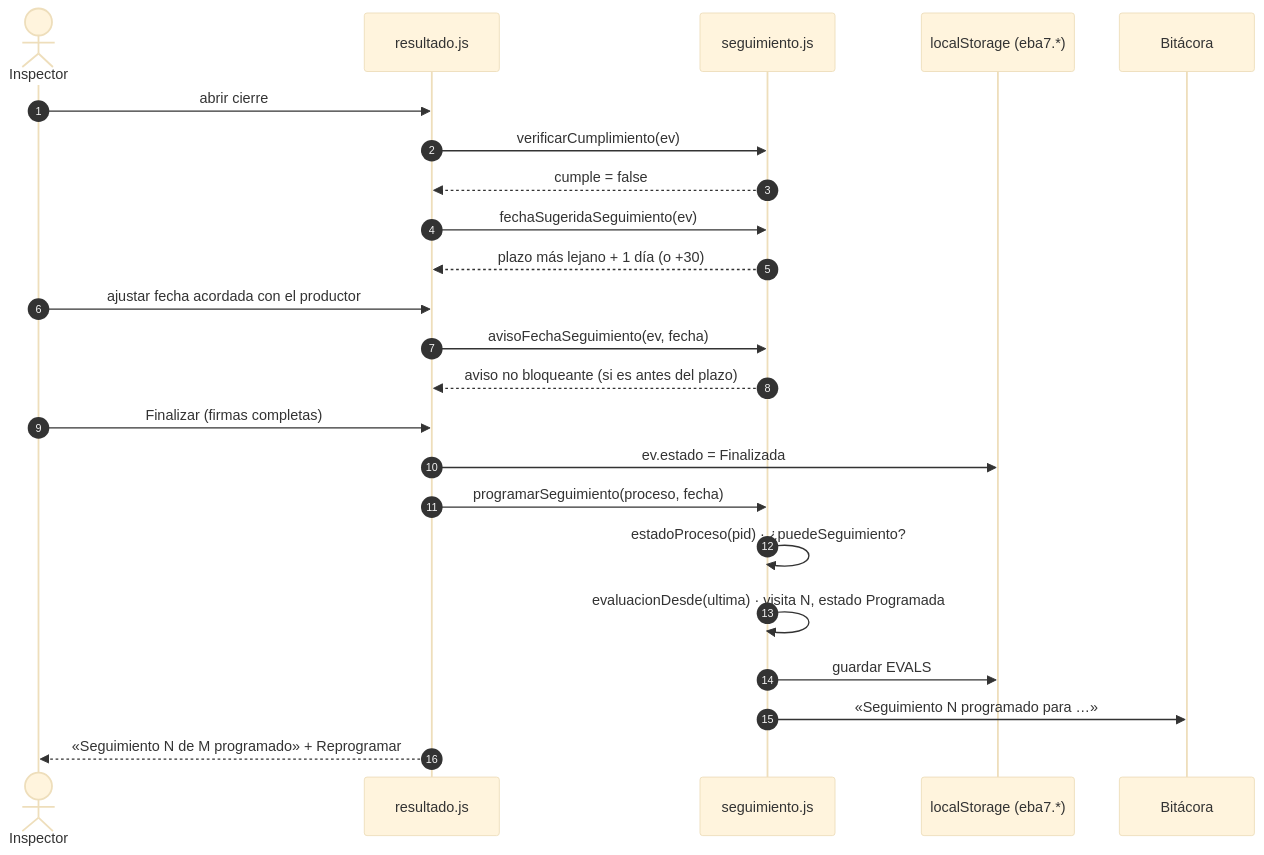
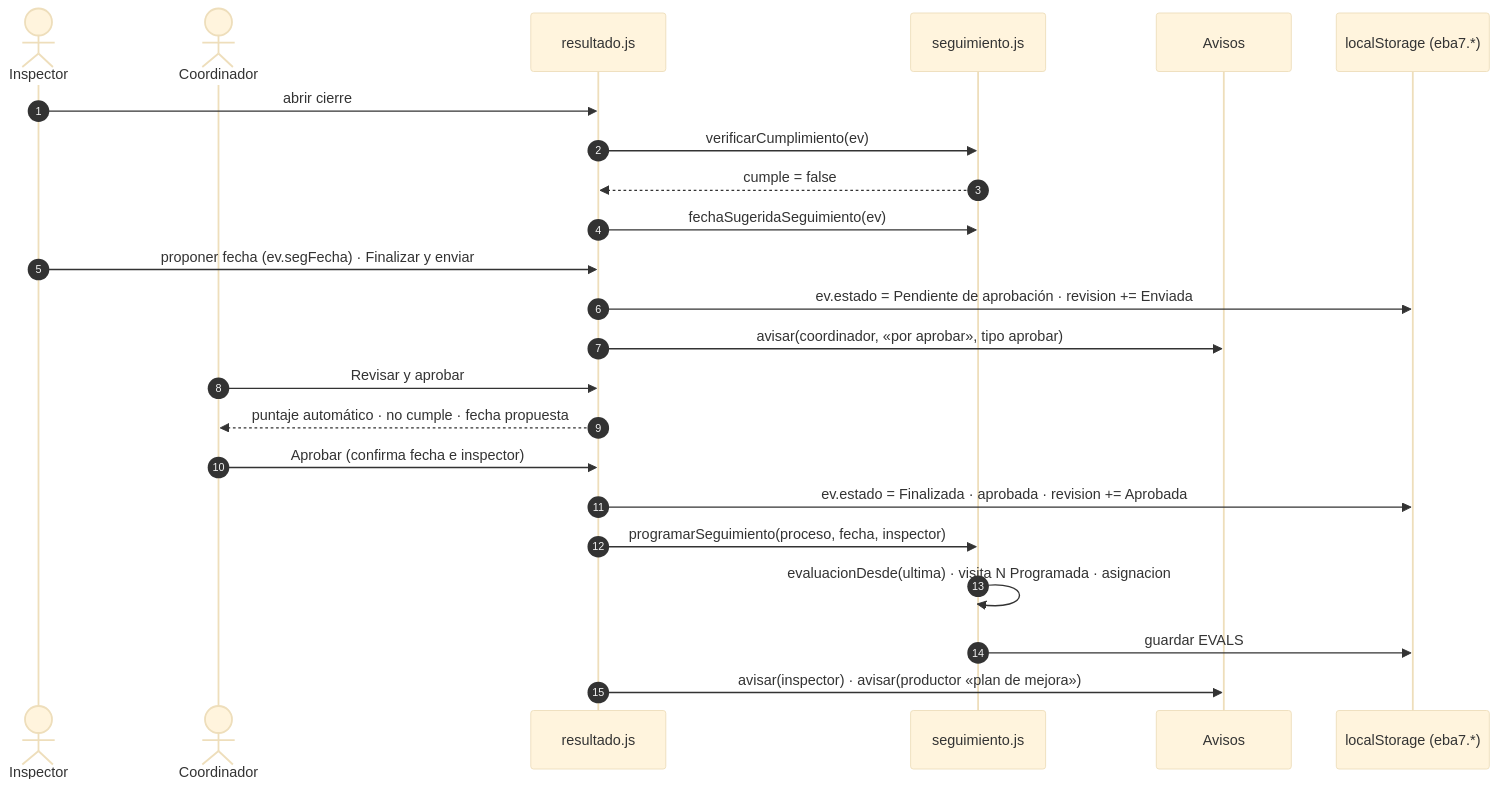
One commit to luisalejandroavilacastillo-stack/EBA_Cuac_Cuac changed the diagram in codigo/docs/uml/fuentes/sec_02_cierre_seguimiento.mmd. Above: the diagram before and after it, drawn with Mermaid (base theme). The commit also changed 388 other files, not shown here.

```diff
--- a/codigo/docs/uml/fuentes/sec_02_cierre_seguimiento.mmd
+++ b/codigo/docs/uml/fuentes/sec_02_cierre_seguimiento.mmd
@@ -1,24 +1,24 @@
-%% Secuencia: finalizar una visita que no cumple y programar el seguimiento
+%% Secuencia v0.25: el inspector finaliza; el coordinador aprueba una visita que no cumple y se programa el seguimiento
 sequenceDiagram
     autonumber
     actor I as Inspector
+    actor C as Coordinador
     participant V as resultado.js
     participant S as seguimiento.js
+    participant A as Avisos
     participant D as localStorage (eba7.*)
-    participant B as Bitácora
     I->>V: abrir cierre
     V->>S: verificarCumplimiento(ev)
     S-->>V: cumple = false
     V->>S: fechaSugeridaSeguimiento(ev)
-    S-->>V: plazo más lejano + 1 día (o +30)
-    I->>V: ajustar fecha acordada con el productor
-    V->>S: avisoFechaSeguimiento(ev, fecha)
-    S-->>V: aviso no bloqueante (si es antes del plazo)
-    I->>V: Finalizar (firmas completas)
-    V->>D: ev.estado = Finalizada
-    V->>S: programarSeguimiento(proceso, fecha)
-    S->>S: estadoProceso(pid) · ¿puedeSeguimiento?
-    S->>S: evaluacionDesde(ultima) · visita N, estado Programada
+    I->>V: proponer fecha (ev.segFecha) · Finalizar y enviar
+    V->>D: ev.estado = Pendiente de aprobación · revision += Enviada
+    V->>A: avisar(coordinador, «por aprobar», tipo aprobar)
+    C->>V: Revisar y aprobar
+    V-->>C: puntaje automático · no cumple · fecha propuesta
+    C->>V: Aprobar (confirma fecha e inspector)
+    V->>D: ev.estado = Finalizada · aprobada · revision += Aprobada
+    V->>S: programarSeguimiento(proceso, fecha, inspector)
+    S->>S: evaluacionDesde(ultima) · visita N Programada · asignacion
     S->>D: guardar EVALS
-    S->>B: «Seguimiento N programado para …»
-    V-->>I: «Seguimiento N de M programado» + Reprogramar
+    V->>A: avisar(inspector) · avisar(productor «plan de mejora»)
```
